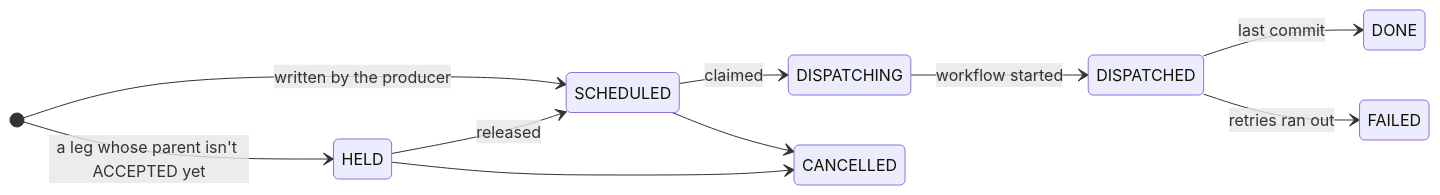
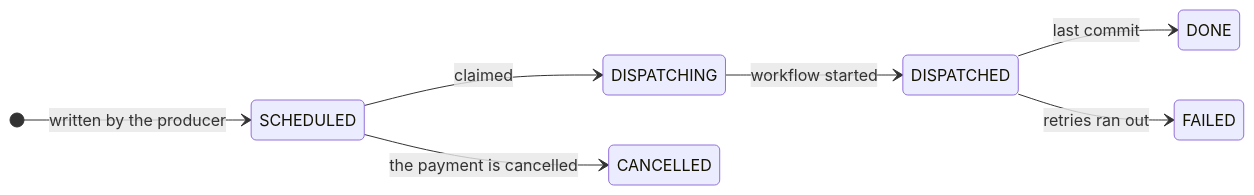
One commit to arunav-bhattacharya/billpay-book changed the second of 2 diagrams in website/docs/design/pacing.md. Above: the diagram before and after it, drawn with Mermaid. The commit also changed other lines of this file and 19 other files, not shown here.

````diff
--- a/website/docs/design/pacing.md
+++ b/website/docs/design/pacing.md
@@ -43,13 +43,10 @@
 ```mermaid
 stateDiagram-v2
   direction LR
-  [*] --> HELD: a leg whose parent isn't ACCEPTED yet
   [*] --> SCHEDULED: written by the producer
-  HELD --> SCHEDULED: released
   SCHEDULED --> DISPATCHING: claimed
   DISPATCHING --> DISPATCHED: workflow started
   DISPATCHED --> DONE: last commit
   DISPATCHED --> FAILED: retries ran out
-  SCHEDULED --> CANCELLED
-  HELD --> CANCELLED
+  SCHEDULED --> CANCELLED: the payment is cancelled
 ```
````
